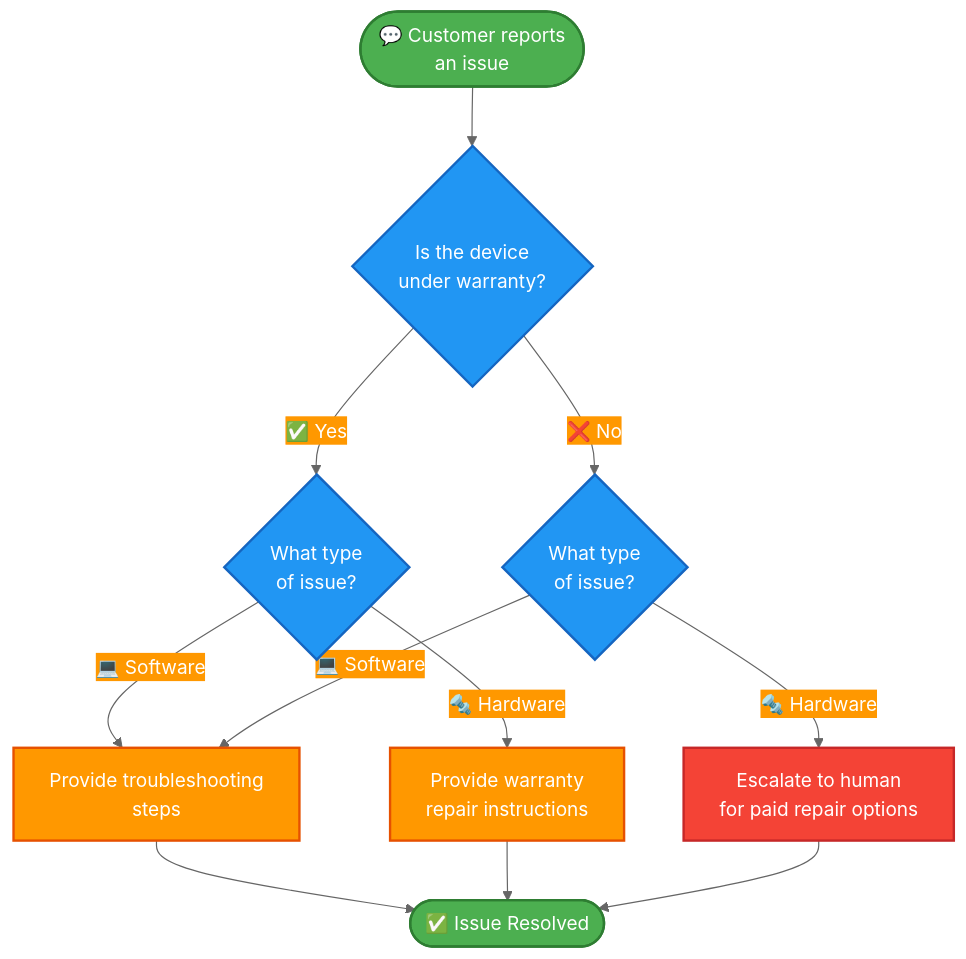
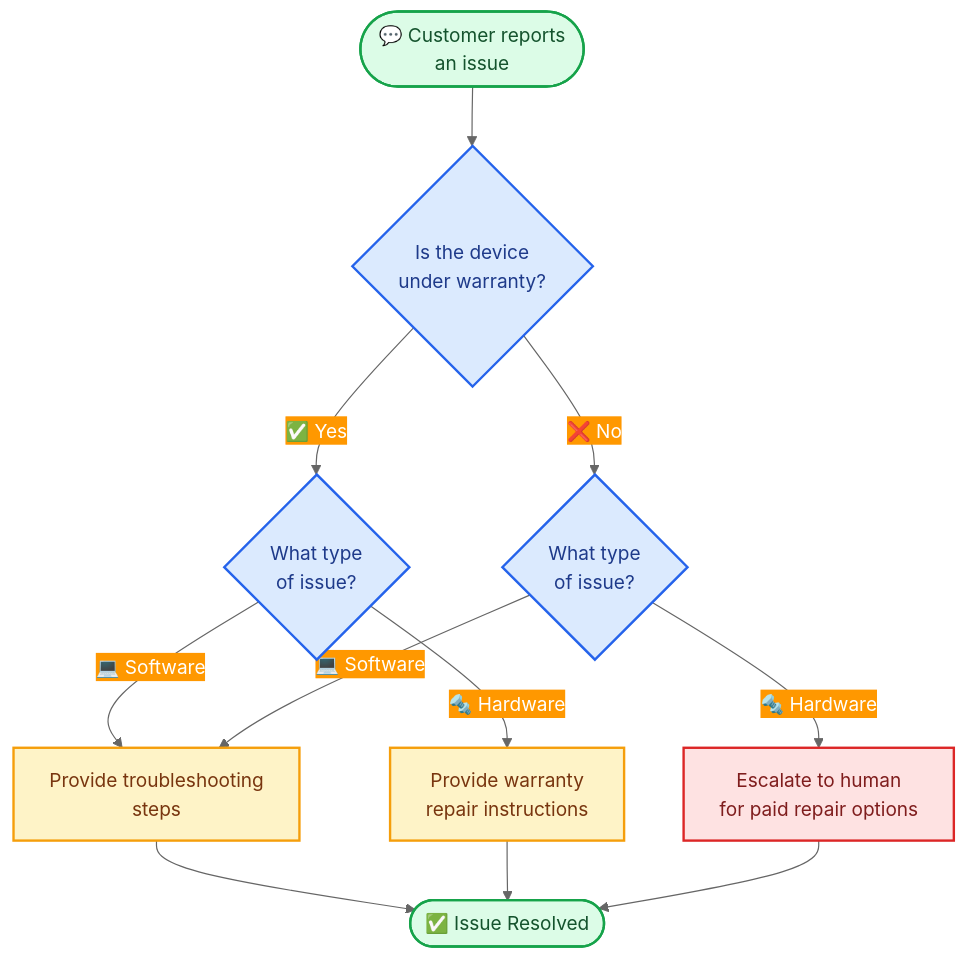
The diagram in oss/javascript/langchain/multi-agent/handoffs-customer-support.mdx (kunfan96/cndocs-langchain), drawn with Mermaid before and after one commit. The commit also changed other lines of this file and 2533 other files, not shown here.

````diff
--- a/oss/javascript/langchain/multi-agent/handoffs-customer-support.mdx
+++ b/oss/javascript/langchain/multi-agent/handoffs-customer-support.mdx
@@ -22,34 +22,34 @@
 ```mermaid
 %%{init: {'theme':'base', 'themeVariables': {'primaryColor':'#4CAF50','primaryTextColor':'#fff','primaryBorderColor':'#2E7D32','lineColor':'#666','secondaryColor':'#FF9800','tertiaryColor':'#2196F3'}}}%%
 flowchart TD
     %% Start
     Start([💬 Customer reports<br>an issue]) --> Warranty{Is the device<br>under warranty?}
 
     %% Warranty check
     Warranty -->|✅ Yes| IssueType{What type<br>of issue?}
     Warranty -->|❌ No| OutOfWarranty{What type<br>of issue?}
 
     %% In-Warranty branch
     IssueType -->|🔩 Hardware| Repair[Provide warranty<br>repair instructions]
     IssueType -->|💻 Software| Troubleshoot[Provide troubleshooting<br>steps]
 
     %% Out-of-Warranty branch
     OutOfWarranty -->|🔩 Hardware| Escalate[Escalate to human<br>for paid repair options]
     OutOfWarranty -->|💻 Software| Troubleshoot
 
     %% Troubleshooting follow-up
     Troubleshoot --> Close([✅ Issue Resolved])
     Repair --> Close
     Escalate --> Close
 
     %% === Styling ===
-    classDef startEnd fill:#4CAF50,stroke:#2E7D32,stroke-width:2px,color:#fff
-    classDef decisionNode fill:#2196F3,stroke:#1565C0,stroke-width:2px,color:#fff
-    classDef actionNode fill:#FF9800,stroke:#E65100,stroke-width:2px,color:#fff
-    classDef escalateNode fill:#f44336,stroke:#c62828,stroke-width:2px,color:#fff
+    classDef startEnd fill:#DCFCE7,stroke:#16A34A,stroke-width:2px,color:#14532D
+    classDef decisionNode fill:#DBEAFE,stroke:#2563EB,stroke-width:2px,color:#1E3A8A
+    classDef actionNode fill:#FEF3C7,stroke:#F59E0B,stroke-width:2px,color:#78350F
+    classDef escalateNode fill:#FEE2E2,stroke:#DC2626,stroke-width:2px,color:#7F1D1D
 
     class Start,Close startEnd
     class Warranty,IssueType,OutOfWarranty decisionNode
     class Repair,Troubleshoot actionNode
     class Escalate escalateNode
 ```
````
